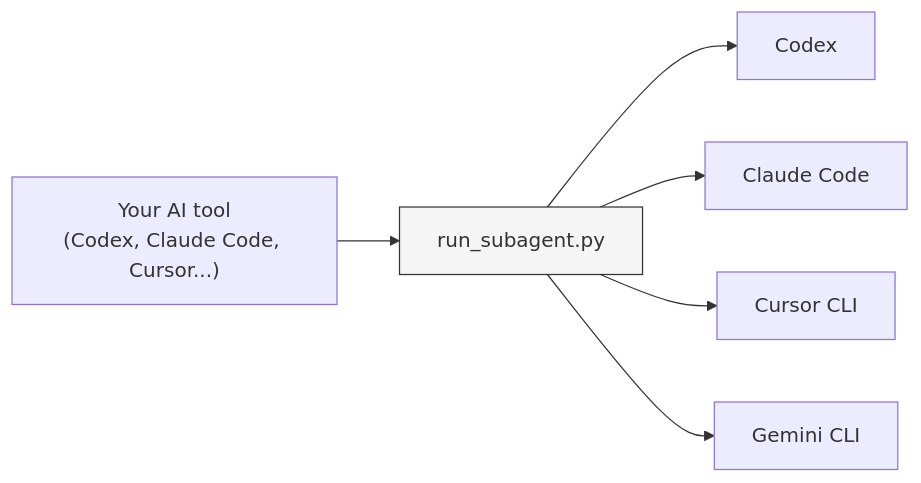
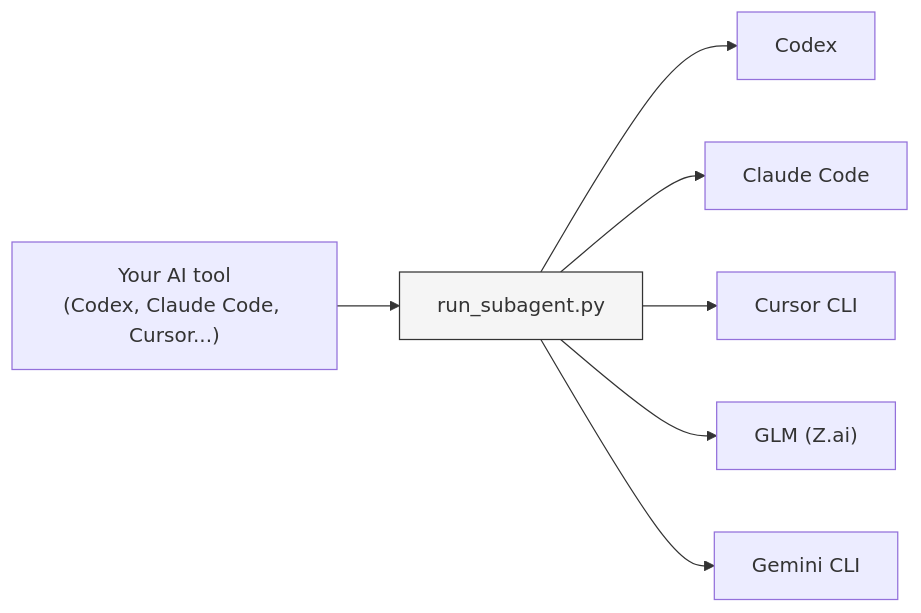
Before and after one commit to shinpr/sub-agents-skills: the diagram in README.md, drawn with Mermaid.

Commit message:
docs: add GLM node to the backend flow diagram
The README mermaid diagram still branched only to Codex, Claude Code,
Cursor CLI, and Gemini CLI. Add the GLM (Z.ai) backend between Cursor
and Gemini to match the rest of the docs.

````diff
--- a/README.md
+++ b/README.md
@@ -12,9 +12,10 @@
 ```mermaid
 graph LR
     A["Your AI tool<br/>(Codex, Claude Code, Cursor...)"] --> B["run_subagent.py"]
     B --> C["Codex"]
     B --> D["Claude Code"]
     B --> E["Cursor CLI"]
+    B --> G["GLM (Z.ai)"]
     B --> F["Gemini CLI"]
     style B fill:#f5f5f5,stroke:#333
 ```
````
